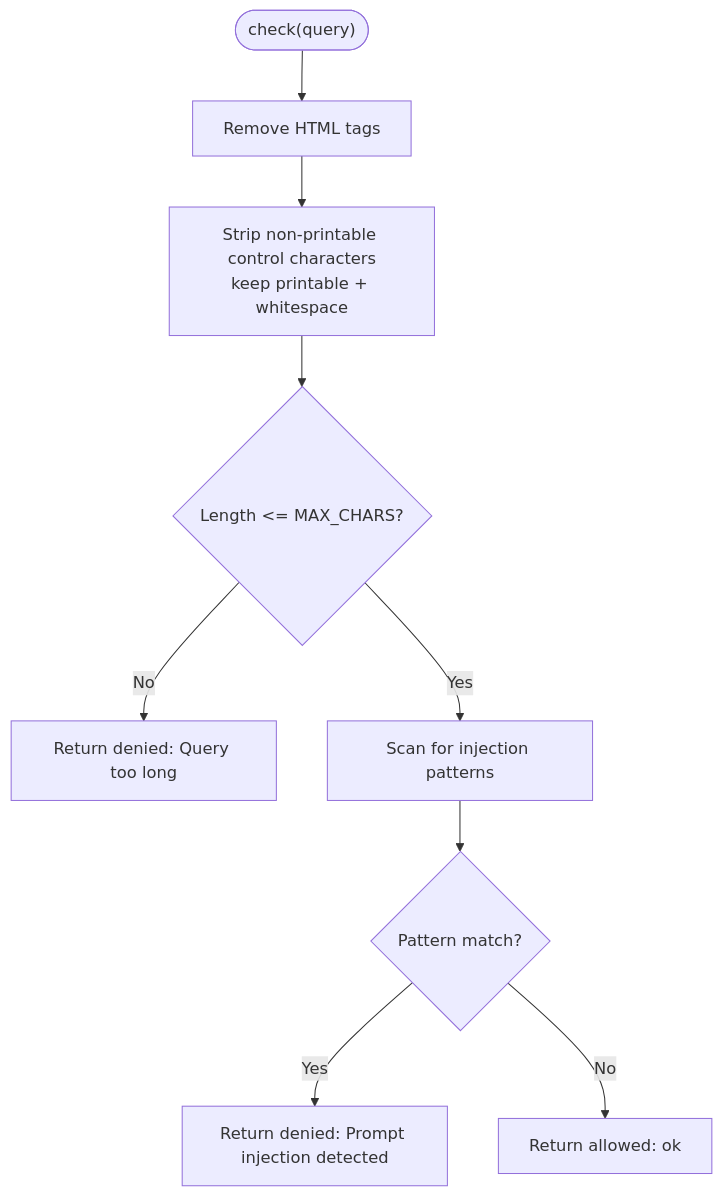
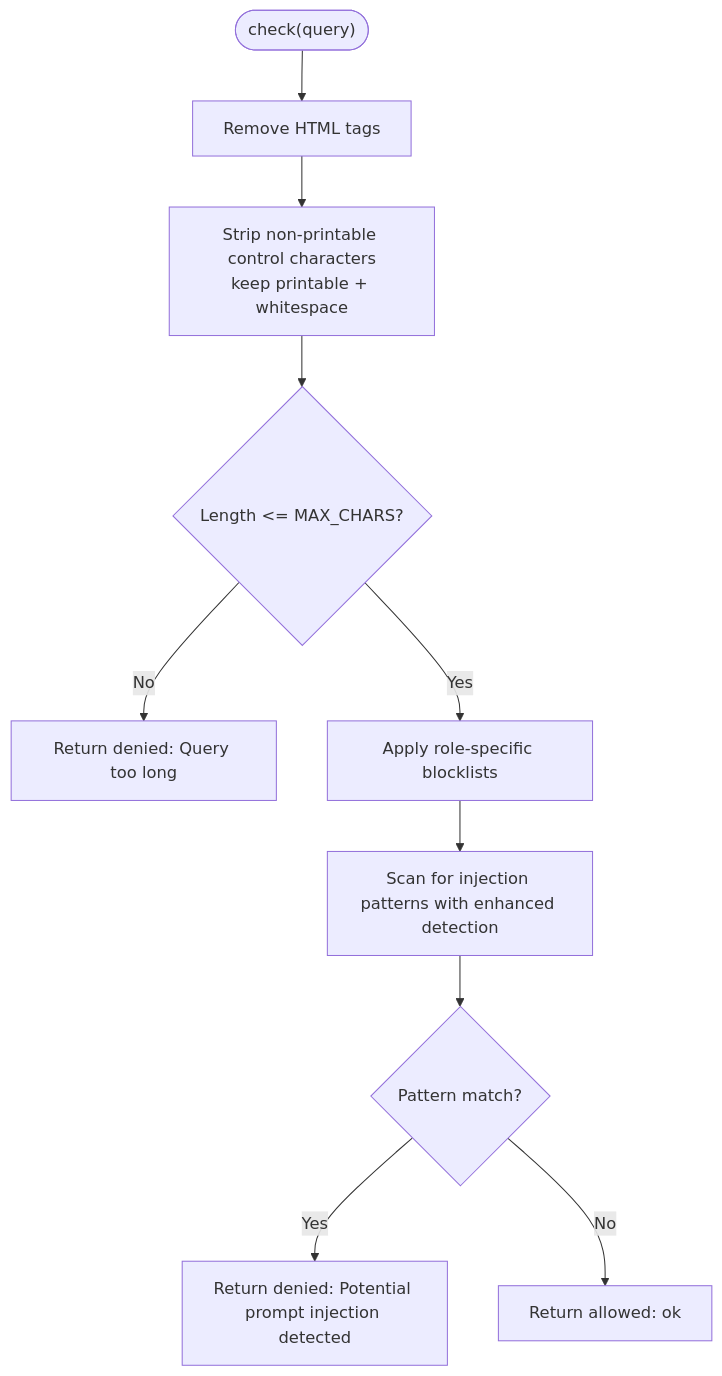
One commit to genes8/private-ai changed the third of 8 diagrams in .qoder/repowiki/en/content/Backend Development/Security and Middleware/Input Validation System.md. Above: the diagram before and after it, drawn with Mermaid. The commit also changed other lines of this file and 55 other files, not shown here.

````diff
--- a/.qoder/repowiki/en/content/Backend Development/Security and Middleware/Input Validation System.md
+++ b/.qoder/repowiki/en/content/Backend Development/Security and Middleware/Input Validation System.md
@@ -164,11 +178,12 @@
 ```mermaid
 flowchart TD
 Start(["check(query)"]) --> CleanHTML["Remove HTML tags"]
 CleanHTML --> CleanCtrl["Strip non-printable control characters<br/>keep printable + whitespace"]
 CleanCtrl --> LenCheck{"Length <= MAX_CHARS?"}
 LenCheck --> |No| DenyLong["Return denied: Query too long"]
-LenCheck --> |Yes| InjectCheck["Scan for injection patterns"]
+LenCheck --> |Yes| RoleBlocks["Apply role-specific blocklists"]
+RoleBlocks --> InjectCheck["Scan for injection patterns with enhanced detection"]
 InjectCheck --> Found{"Pattern match?"}
-Found --> |Yes| DenyInject["Return denied: Prompt injection detected"]
+Found --> |Yes| DenyInject["Return denied: Potential prompt injection detected"]
 Found --> |No| Allow["Return allowed: ok"]
 ```
````
